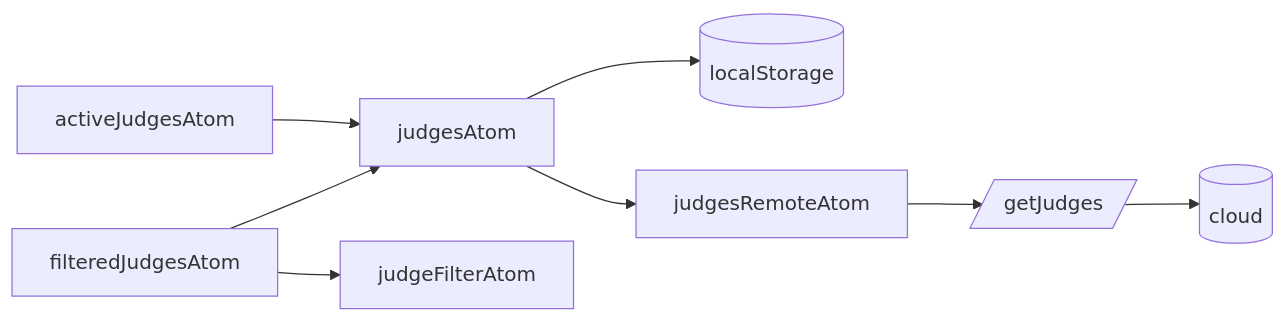
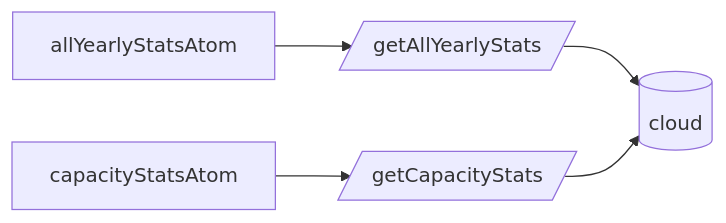
Before and after one commit to koekalenteri/koekalenteri: the sixth of 7 diagrams in src/pages/state/README.md, drawn with Mermaid. The commit also changed other lines of this file and 1 other file, not shown here.

First line of the commit message:
docs(state): document every state atom in the state READMEs

````diff
--- a/src/pages/state/README.md
+++ b/src/pages/state/README.md
@@ -53,14 +109,7 @@
 ```mermaid
 graph LR
-  judgesAtom-->localStorage
-  judgesAtom-->judgesRemoteAtom
-  judgeFilterAtom
+  allYearlyStatsAtom-->getAllYearlyStats[/getAllYearlyStats/]-->aws
+  capacityStatsAtom-->getCapacityStats[/getCapacityStats/]-->aws
 
-  localStorage[(localStorage)]
-  judgesRemoteAtom-->getJudges[/getJudges/]-->aws[(cloud)]
-
-  activeJudgesAtom-->judgesAtom
-
-  filteredJudgesAtom-->judgeFilterAtom
-  filteredJudgesAtom-->judgesAtom
+  aws[(cloud)]
 ```
````
